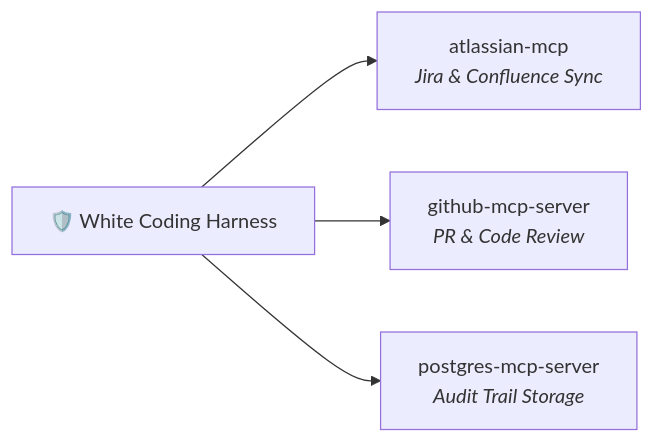
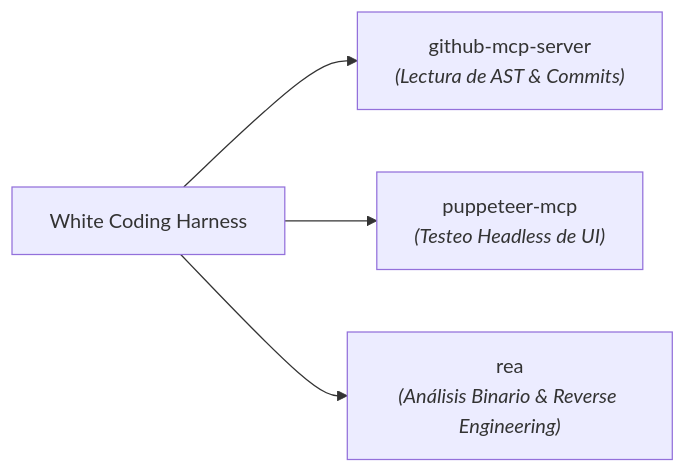
The diagram in WHITE CODING HARNESS/MCP_INTEGRATION.md (Tardigrado-76/Capgemini), drawn with Mermaid before and after one commit. The commit also changed other lines of this file and 4 other files, not shown here.

Commit message:
docs(wch): WHITE CODING HARNESS 23/23 tests, regulatory matrix, zero emojis

````diff
--- a/WHITE CODING HARNESS/MCP_INTEGRATION.md
+++ b/WHITE CODING HARNESS/MCP_INTEGRATION.md
@@ -8,6 +11,6 @@
 ```mermaid
 graph LR
-    WCH["🛡️ White Coding Harness"] --> AtlassianMCP["atlassian-mcp<br/><i>Jira & Confluence Sync</i>"]
-    WCH --> GithubMCP["github-mcp-server<br/><i>PR & Code Review</i>"]
-    WCH --> PostgresMCP["postgres-mcp-server<br/><i>Audit Trail Storage</i>"]
+ Harness["White Coding Harness"] --> GithubMCP["github-mcp-server<br/><i>(Lectura de AST & Commits)</i>"]
+ Harness --> PuppeteerMCP["puppeteer-mcp<br/><i>(Testeo Headless de UI)</i>"]
+ Harness --> REAMCP["rea<br/><i>(Análisis Binario & Reverse Engineering)</i>"]
 ```
````
